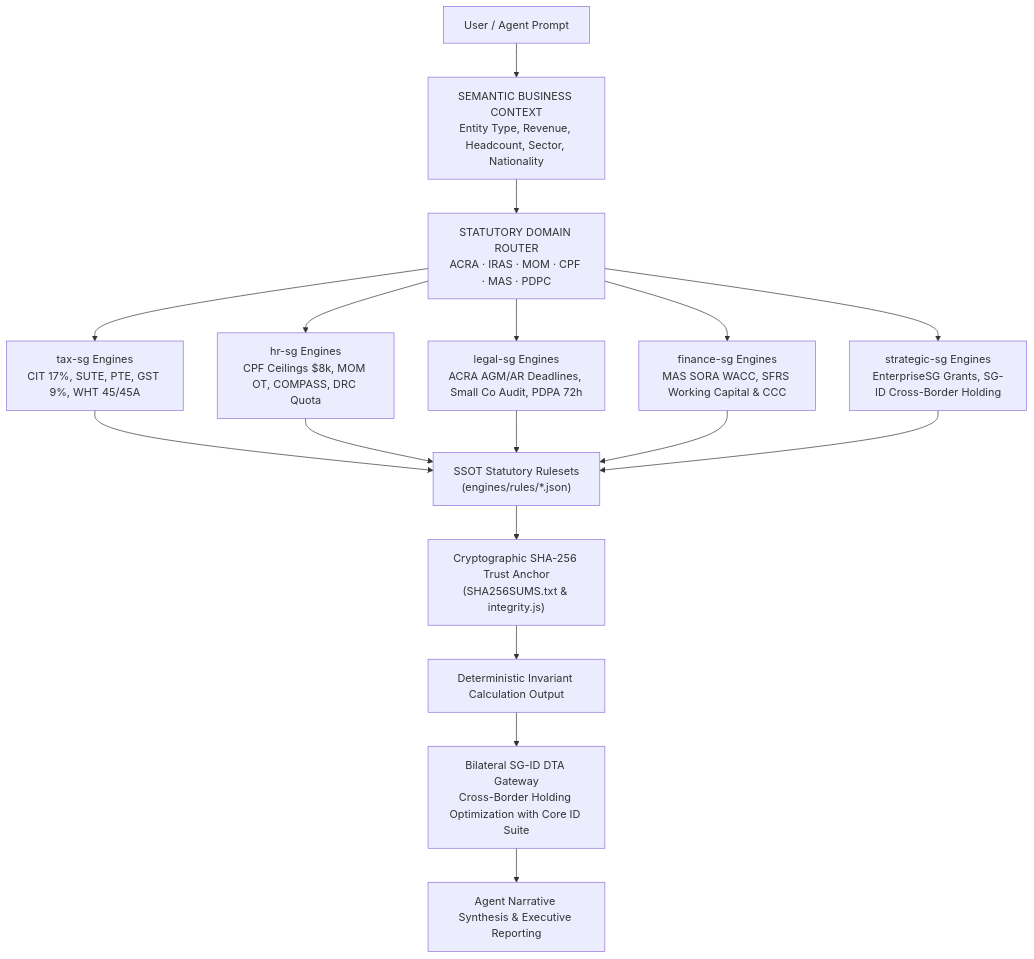
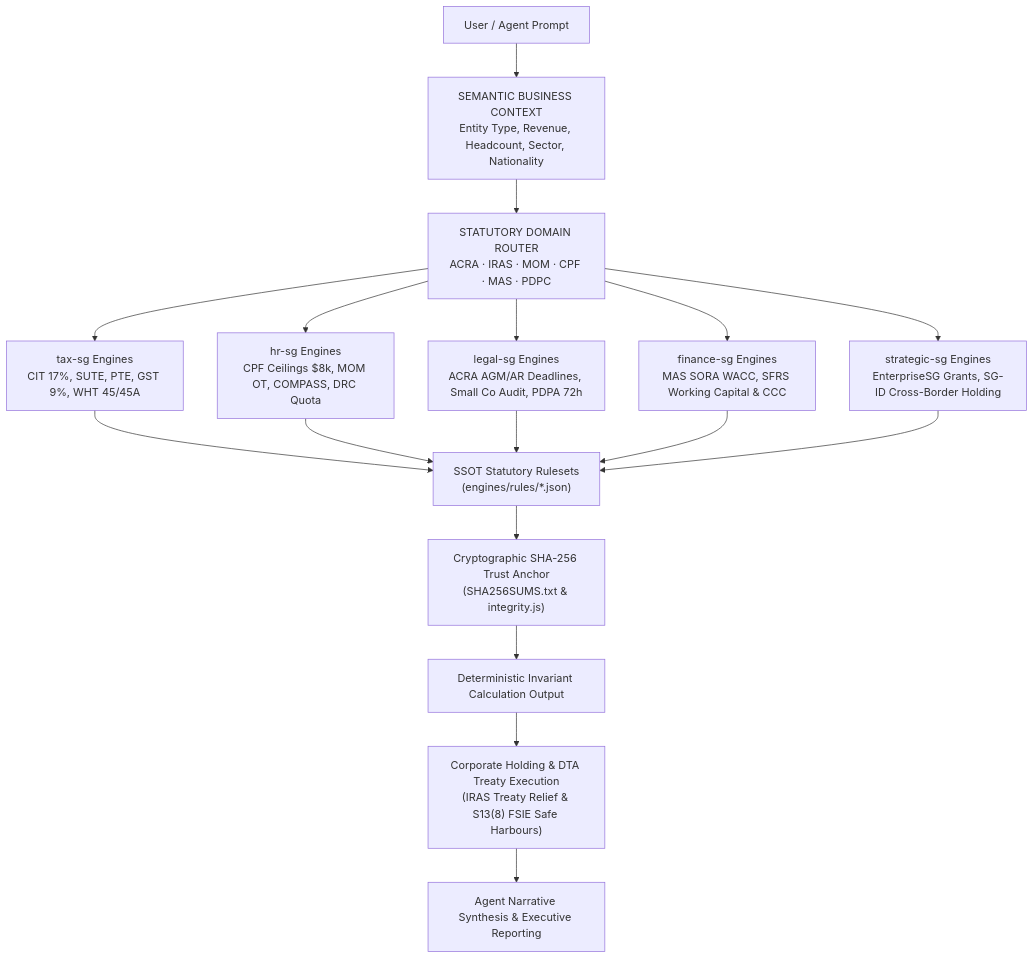
Before and after one commit to adamriofc/singapore-business-agent-skills: the first of 2 diagrams in README.md, drawn with Mermaid. The commit also changed other lines of this file and 1 other file, not shown here.

Commit message:
docs: decouple repository completely as standalone sovereign core

````diff
--- a/README.md
+++ b/README.md
@@ -114,26 +114,26 @@
 ```mermaid
 flowchart TD
     User["User / Agent Prompt"] --> SemanticContext["SEMANTIC BUSINESS CONTEXT<br/>Entity Type, Revenue, Headcount, Sector, Nationality"]
     
     SemanticContext --> Router["STATUTORY DOMAIN ROUTER<br/>ACRA · IRAS · MOM · CPF · MAS · PDPC"]
     
     Router --> TaxDomain["tax-sg Engines<br/>CIT 17%, SUTE, PTE, GST 9%, WHT 45/45A"]
     Router --> HrDomain["hr-sg Engines<br/>CPF Ceilings $8k, MOM OT, COMPASS, DRC Quota"]
     Router --> LegalDomain["legal-sg Engines<br/>ACRA AGM/AR Deadlines, Small Co Audit, PDPA 72h"]
     Router --> FinanceDomain["finance-sg Engines<br/>MAS SORA WACC, SFRS Working Capital &amp; CCC"]
     Router --> StrategicDomain["strategic-sg Engines<br/>EnterpriseSG Grants, SG-ID Cross-Border Holding"]
     
     TaxDomain --> Rulesets["SSOT Statutory Rulesets<br/>(engines/rules/*.json)"]
     HrDomain --> Rulesets
     LegalDomain --> Rulesets
     FinanceDomain --> Rulesets
     StrategicDomain --> Rulesets
     
     Rulesets --> Integrity["Cryptographic SHA-256 Trust Anchor<br/>(SHA256SUMS.txt &amp; integrity.js)"]
     
     Integrity --> ValidatedMath["Deterministic Invariant Calculation Output"]
     
-    ValidatedMath --> Bridge["Bilateral SG-ID DTA Gateway<br/>Cross-Border Holding Optimization with Core ID Suite"]
+    ValidatedMath --> HoldingGovernance["Corporate Holding & DTA Treaty Execution<br/>(IRAS Treaty Relief & S13(8) FSIE Safe Harbours)"]
     
-    Bridge --> Synthesis["Agent Narrative Synthesis &amp; Executive Reporting"]
+    HoldingGovernance --> Synthesis["Agent Narrative Synthesis &amp; Executive Reporting"]
 ```
````
